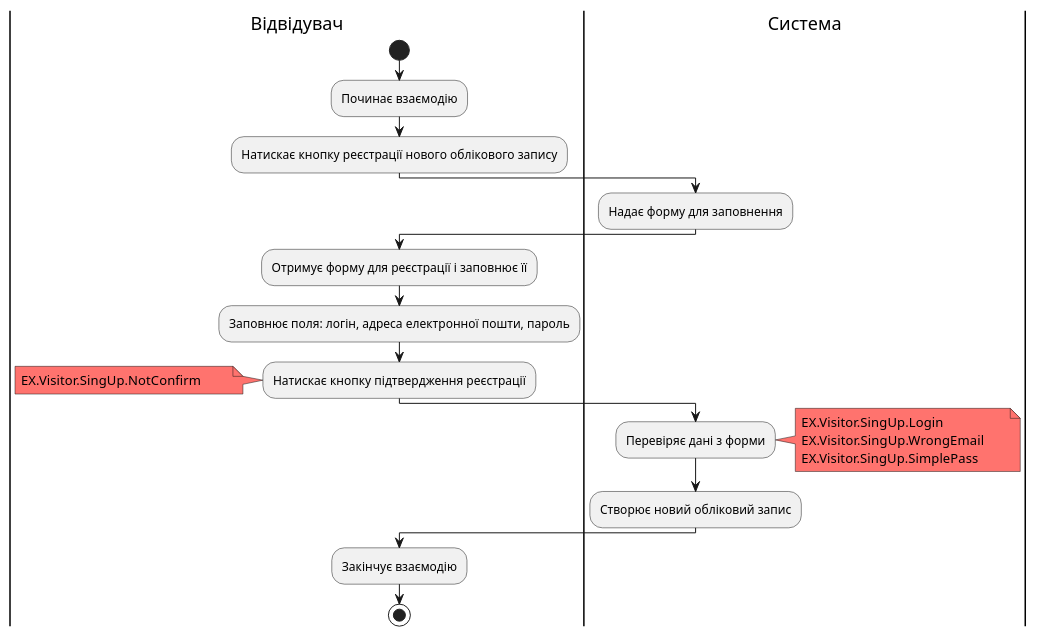
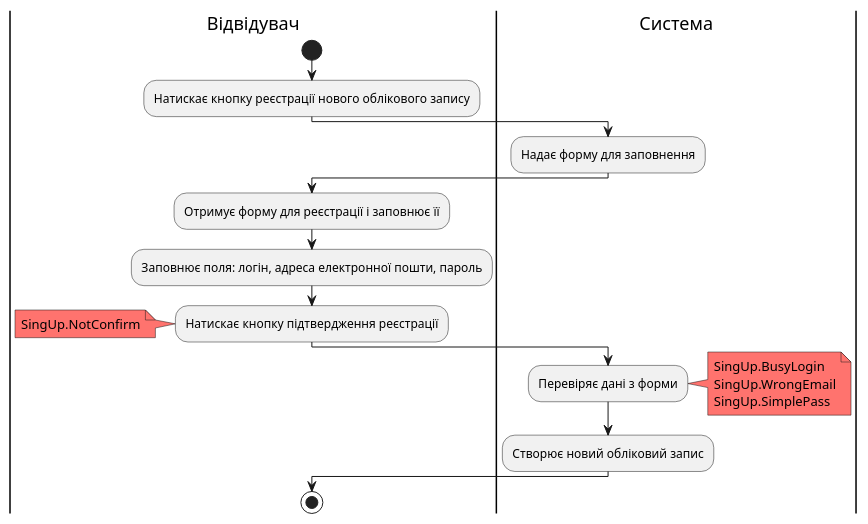
One commit to nonGratis/retarder-io-23-3 changed the fifth of 18 diagrams in docs/use cases/README.md. Above: the diagram before and after it, drawn with PlantUML. The commit also changed other lines of this file, not shown here.

Commit message:
correct Visitor.SingUp in use cases

```diff
--- a/docs/use cases/README.md
+++ b/docs/use cases/README.md
@@ -125,29 +124,27 @@
 @startuml
 |Відвідувач|
     start
-    :Починає взаємодію;
     :Натискає кнопку реєстрації нового облікового запису;
 |Система|
     :Надає форму для заповнення;
 |Відвідувач|
     :Отримує форму для реєстрації і заповнює її;
     :Заповнює поля: логін, адреса електронної пошти, пароль;
     :Натискає кнопку підтвердження реєстрації;
         note left #FF736E
-            EX.Visitor.SingUp.NotConfirm        
+            SingUp.NotConfirm
         end note
 
 |Система|
     :Перевіряє дані з форми;
         note right #FF736E
-            EX.Visitor.SingUp.Login
-            EX.Visitor.SingUp.WrongEmail
-            EX.Visitor.SingUp.SimplePass        
+            SingUp.BusyLogin
+            SingUp.WrongEmail
+            SingUp.SimplePass
         end note
 
     :Створює новий обліковий запис;
 
 |Відвідувач|
-    :Закінчує взаємодію;
     stop;
 @enduml
```
